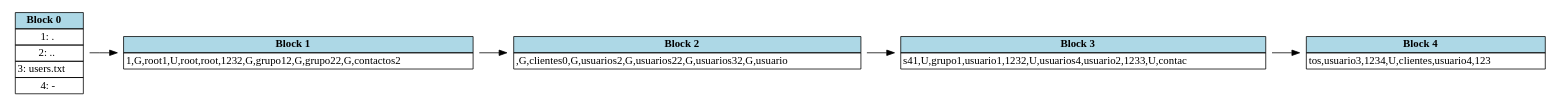
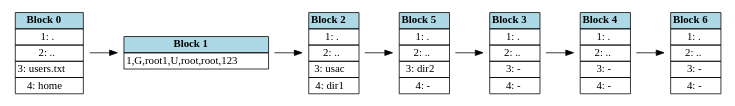
Before and after one commit to AbdielOtzoy/MIA_1S2025_P1_202300350: the diagram in backend/output/report_block.dot, drawn with Graphviz. The commit also changed 11 other files, not shown here.

```diff
--- a/backend/output/report_block.dot
+++ b/backend/output/report_block.dot
@@ -1,50 +1,65 @@
 digraph G {
 		rankdir=LR; // Alineación horizontal
 		node [shape=plaintext]
 	block0 [label=<
 <table border='0' cellborder='1' cellspacing='0'>
 <tr><td bgcolor='lightblue'><b>Block 0</b></td></tr>
 <tr><td>1: .</td></tr>
 <tr><td>2: ..</td></tr>
 <tr><td>3: users.txt</td></tr>
-<tr><td>4: -</td></tr>
+<tr><td>4: home</td></tr>
 </table>>];
 block1 [label=<
 <table border='0' cellborder='1' cellspacing='0'>
 <tr><td bgcolor='lightblue'><b>Block 1</b></td></tr>
 <tr><td>1,G,root
 1,U,root,root,123
-2,G,grupo1
-2,G,grupo2
-2,G,contactos
-2</td></tr>
+</td></tr>
 </table>>];
 block2 [label=<
 <table border='0' cellborder='1' cellspacing='0'>
 <tr><td bgcolor='lightblue'><b>Block 2</b></td></tr>
-<tr><td>,G,clientes
-0,G,usuarios
-2,G,usuarios2
-2,G,usuarios3
-2,G,usuario</td></tr>
+<tr><td>1: .</td></tr>
+<tr><td>2: ..</td></tr>
+<tr><td>3: usac</td></tr>
+<tr><td>4: dir1</td></tr>
+</table>>];
+block5 [label=<
+<table border='0' cellborder='1' cellspacing='0'>
+<tr><td bgcolor='lightblue'><b>Block 5</b></td></tr>
+<tr><td>1: .</td></tr>
+<tr><td>2: ..</td></tr>
+<tr><td>3: dir2</td></tr>
+<tr><td>4: -</td></tr>
 </table>>];
 block3 [label=<
 <table border='0' cellborder='1' cellspacing='0'>
 <tr><td bgcolor='lightblue'><b>Block 3</b></td></tr>
-<tr><td>s4
-1,U,grupo1,usuario1,123
-2,U,usuarios4,usuario2,123
-3,U,contac</td></tr>
+<tr><td>1: .</td></tr>
+<tr><td>2: ..</td></tr>
+<tr><td>3: -</td></tr>
+<tr><td>4: -</td></tr>
 </table>>];
 block4 [label=<
 <table border='0' cellborder='1' cellspacing='0'>
 <tr><td bgcolor='lightblue'><b>Block 4</b></td></tr>
-<tr><td>tos,usuario3,123
-4,U,clientes,usuario4,123
-</td></tr>
+<tr><td>1: .</td></tr>
+<tr><td>2: ..</td></tr>
+<tr><td>3: -</td></tr>
+<tr><td>4: -</td></tr>
+</table>>];
+block6 [label=<
+<table border='0' cellborder='1' cellspacing='0'>
+<tr><td bgcolor='lightblue'><b>Block 6</b></td></tr>
+<tr><td>1: .</td></tr>
+<tr><td>2: ..</td></tr>
+<tr><td>3: -</td></tr>
+<tr><td>4: -</td></tr>
 </table>>];
 block0 -> block1;
 block1 -> block2;
-block2 -> block3;
+block2 -> block5;
+block5 -> block3;
 block3 -> block4;
+block4 -> block6;
 }
```
